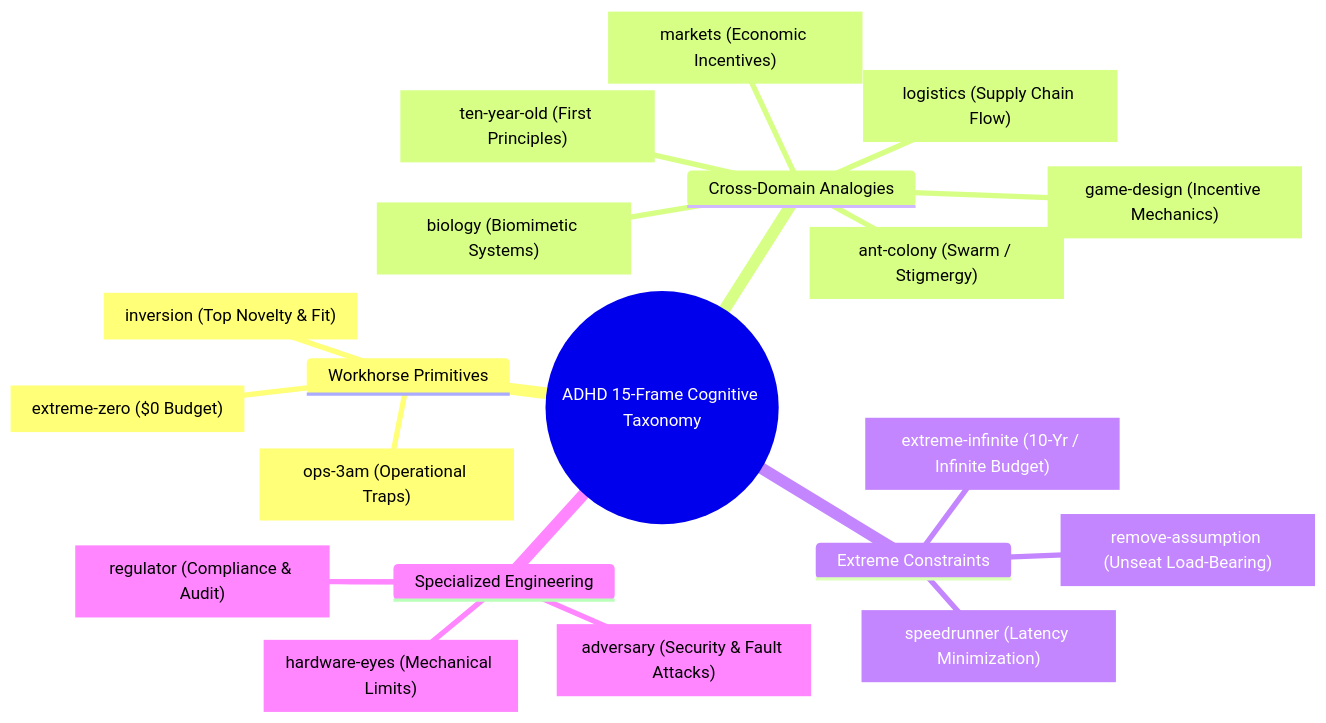
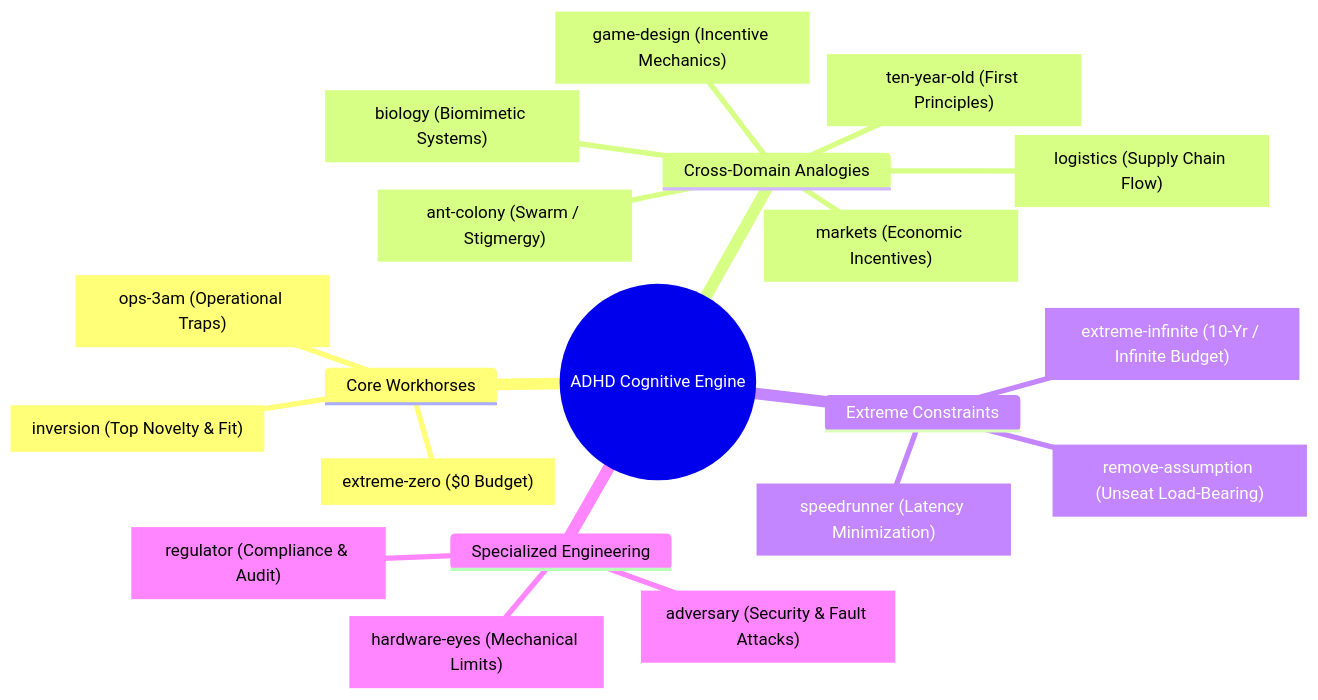
Before and after one commit to DivergentLab/evals-for-adhd: the second of 4 diagrams in README.md, drawn with Mermaid. The commit also changed other lines of this file, not shown here.

````diff
--- a/README.md
+++ b/README.md
@@ -125,23 +83,23 @@
 ```mermaid
 mindmap
-  root((ADHD 15-Frame Cognitive Taxonomy))
-    Workhorse Primitives
+  root((ADHD Cognitive Engine))
+    Core Workhorses
       inversion["inversion (Top Novelty & Fit)"]
       extreme-zero["extreme-zero ($0 Budget)"]
       ops-3am["ops-3am (Operational Traps)"]
     Cross-Domain Analogies
       biology["biology (Biomimetic Systems)"]
       ten-year-old["ten-year-old (First Principles)"]
       markets["markets (Economic Incentives)"]
       logistics["logistics (Supply Chain Flow)"]
       game-design["game-design (Incentive Mechanics)"]
       ant-colony["ant-colony (Swarm / Stigmergy)"]
     Extreme Constraints
       extreme-infinite["extreme-infinite (10-Yr / Infinite Budget)"]
       remove-assumption["remove-assumption (Unseat Load-Bearing)"]
       speedrunner["speedrunner (Latency Minimization)"]
     Specialized Engineering
       hardware-eyes["hardware-eyes (Mechanical Limits)"]
       regulator["regulator (Compliance & Audit)"]
       adversary["adversary (Security & Fault Attacks)"]
 ```
````
